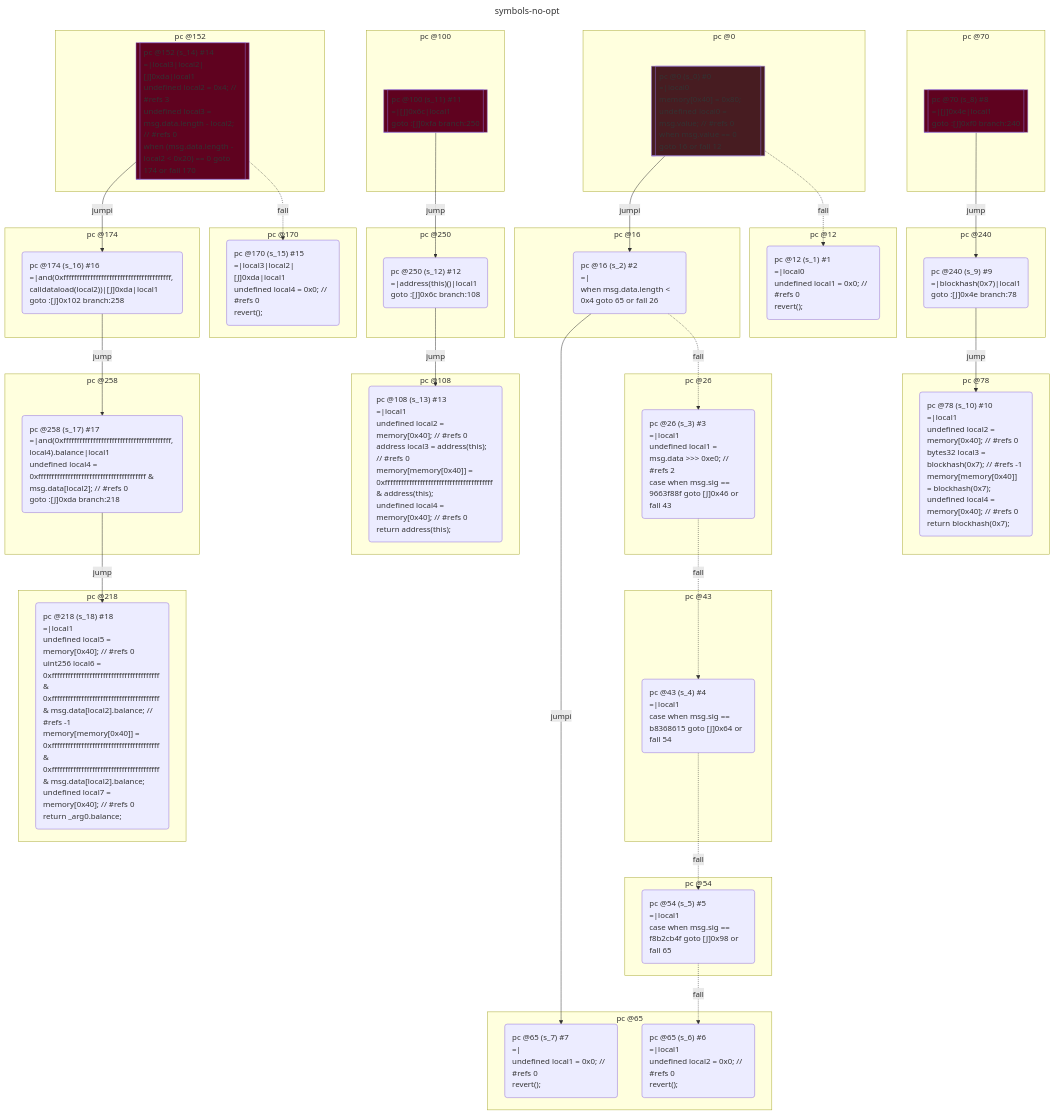
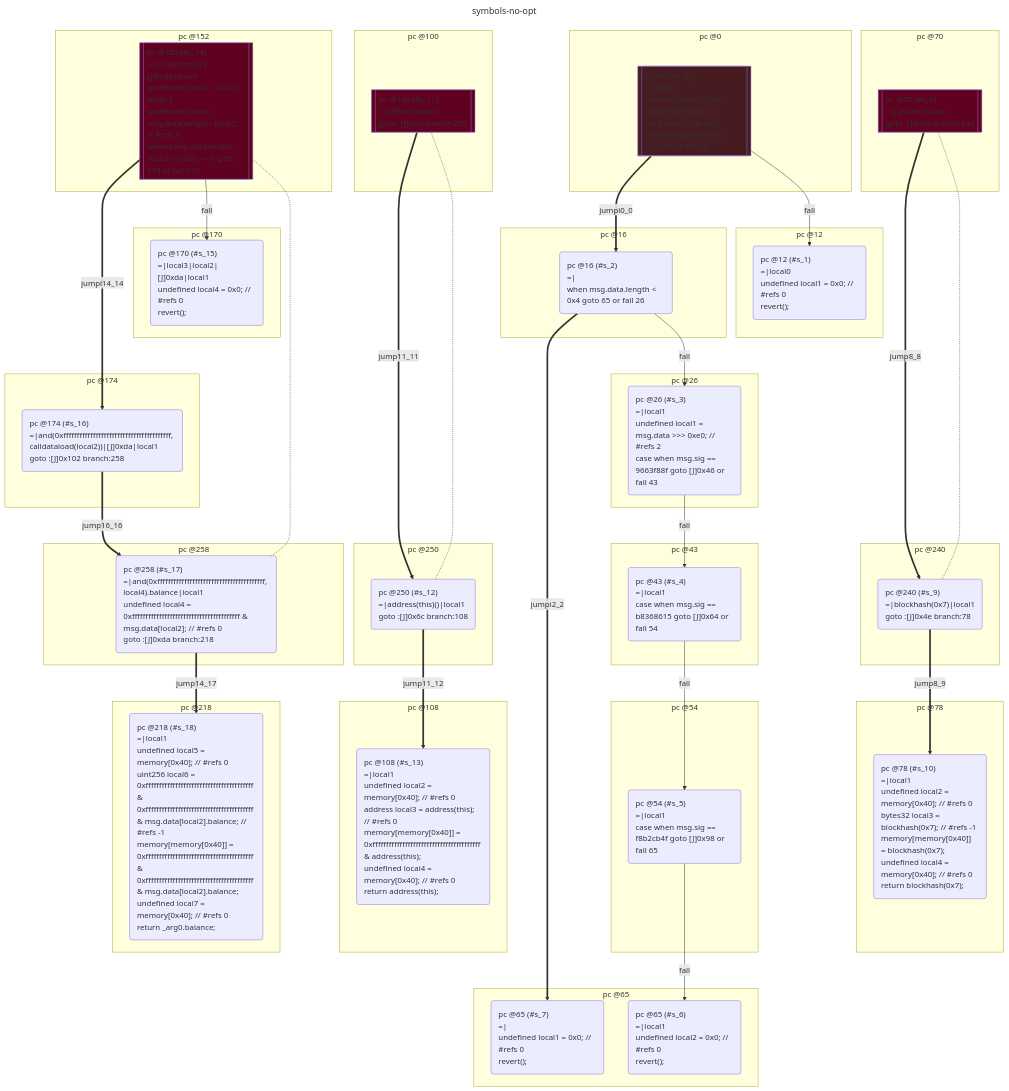
The first of 2 diagrams in test/__snapshots__/contracts/dispatch/symbols.snap.md (acuarica/evm), drawn with Mermaid before and after one commit. The commit also changed other lines of this file and 25 other files, not shown here.

````diff
--- a/test/__snapshots__/contracts/dispatch/symbols.snap.md
+++ b/test/__snapshots__/contracts/dispatch/symbols.snap.md
@@ -112,7 +112,7 @@
 flowchart TD
   classDef state text-align:left
   subgraph cluster_0 ["pc @0"]
-    s_0[["pc @0 (s_0) #0
+    s_0[["pc @0 (#s_0)
 =|local0
 memory[0x40] = 0x80;
 undefined local0 = msg.value; // #refs 0
@@ -122,7 +122,7 @@
     style s_0 fill:#471C21
   end
   subgraph cluster_12 ["pc @12"]
-    s_1("pc @12 (s_1) #1
+    s_1("pc @12 (#s_1)
 =|local0
 undefined local1 = 0x0; // #refs 0
 revert();
@@ -130,14 +130,14 @@
     class s_1 state
   end
   subgraph cluster_16 ["pc @16"]
-    s_2("pc @16 (s_2) #2
+    s_2("pc @16 (#s_2)
 =|
 when msg.data.length < 0x4 goto 65 or fall 26
 ")
     class s_2 state
   end
   subgraph cluster_26 ["pc @26"]
-    s_3("pc @26 (s_3) #3
+    s_3("pc @26 (#s_3)
 =|local1
 undefined local1 = msg.data >>> 0xe0; // #refs 2
 case when msg.sig == 9663f88f goto [J]0x46 or fall 43
@@ -145,27 +145,27 @@
     class s_3 state
   end
   subgraph cluster_43 ["pc @43"]
-    s_4("pc @43 (s_4) #4
+    s_4("pc @43 (#s_4)
 =|local1
 case when msg.sig == b8368615 goto [J]0x64 or fall 54
 ")
     class s_4 state
   end
   subgraph cluster_54 ["pc @54"]
-    s_5("pc @54 (s_5) #5
+    s_5("pc @54 (#s_5)
 =|local1
 case when msg.sig == f8b2cb4f goto [J]0x98 or fall 65
 ")
     class s_5 state
   end
   subgraph cluster_65 ["pc @65"]
-    s_6("pc @65 (s_6) #6
+    s_6("pc @65 (#s_6)
 =|local1
 undefined local2 = 0x0; // #refs 0
 revert();
 ")
     class s_6 state
-    s_7("pc @65 (s_7) #7
+    s_7("pc @65 (#s_7)
 =|
 undefined local1 = 0x0; // #refs 0
 revert();
@@ -173,7 +173,7 @@
     class s_7 state
   end
   subgraph cluster_70 ["pc @70"]
-    s_8[["pc @70 (s_8) #8
+    s_8[["pc @70 (#s_8)
 =|[J]0x4e|local1
 goto :[J]0xf0 branch:240
 "]]
@@ -181,14 +181,14 @@
     style s_8 fill:#5F021F
   end
   subgraph cluster_240 ["pc @240"]
-    s_9("pc @240 (s_9) #9
+    s_9("pc @240 (#s_9)
 =|blockhash(0x7)|local1
 goto :[J]0x4e branch:78
 ")
     class s_9 state
   end
   subgraph cluster_78 ["pc @78"]
-    s_10("pc @78 (s_10) #10
+    s_10("pc @78 (#s_10)
 =|local1
 undefined local2 = memory[0x40]; // #refs 0
 bytes32 local3 = blockhash(0x7); // #refs -1
@@ -199,7 +199,7 @@
     class s_10 state
   end
   subgraph cluster_100 ["pc @100"]
-    s_11[["pc @100 (s_11) #11
+    s_11[["pc @100 (#s_11)
 =|[J]0x6c|local1
 goto :[J]0xfa branch:250
 "]]
@@ -207,14 +207,14 @@
     style s_11 fill:#5F021F
   end
   subgraph cluster_250 ["pc @250"]
-    s_12("pc @250 (s_12) #12
+    s_12("pc @250 (#s_12)
 =|address(this)()|local1
 goto :[J]0x6c branch:108
 ")
     class s_12 state
   end
   subgraph cluster_108 ["pc @108"]
-    s_13("pc @108 (s_13) #13
+    s_13("pc @108 (#s_13)
 =|local1
 undefined local2 = memory[0x40]; // #refs 0
 address local3 = address(this); // #refs 0
@@ -225,7 +225,7 @@
     class s_13 state
   end
   subgraph cluster_152 ["pc @152"]
-    s_14[["pc @152 (s_14) #14
+    s_14[["pc @152 (#s_14)
 =|local3|local2|[J]0xda|local1
 undefined local2 = 0x4; // #refs 3
 undefined local3 = msg.data.length - local2; // #refs 0
@@ -235,7 +235,7 @@
     style s_14 fill:#5F021F
   end
   subgraph cluster_170 ["pc @170"]
-    s_15("pc @170 (s_15) #15
+    s_15("pc @170 (#s_15)
 =|local3|local2|[J]0xda|local1
 undefined local4 = 0x0; // #refs 0
 revert();
@@ -243,14 +243,14 @@
     class s_15 state
   end
   subgraph cluster_174 ["pc @174"]
-    s_16("pc @174 (s_16) #16
+    s_16("pc @174 (#s_16)
 =|and(0xffffffffffffffffffffffffffffffffffffffff, calldataload(local2))|[J]0xda|local1
 goto :[J]0x102 branch:258
 ")
     class s_16 state
   end
   subgraph cluster_258 ["pc @258"]
-    s_17("pc @258 (s_17) #17
+    s_17("pc @258 (#s_17)
 =|and(0xffffffffffffffffffffffffffffffffffffffff, local4).balance|local1
 undefined local4 = 0xffffffffffffffffffffffffffffffffffffffff & msg.data[local2]; // #refs 0
 goto :[J]0xda branch:218
@@ -258,7 +258,7 @@
     class s_17 state
   end
   subgraph cluster_218 ["pc @218"]
-    s_18("pc @218 (s_18) #18
+    s_18("pc @218 (#s_18)
 =|local1
 undefined local5 = memory[0x40]; // #refs 0
 uint256 local6 = 0xffffffffffffffffffffffffffffffffffffffff & 0xffffffffffffffffffffffffffffffffffffffff & msg.data[local2].balance; // #refs -1
@@ -268,20 +268,23 @@
 ")
     class s_18 state
   end
-  s_0 -- jumpi --> s_2;
-  s_0 -. fall .-> s_1;
-  s_2 -- jumpi --> s_7;
-  s_2 -. fall .-> s_3;
-  s_3 -. fall .-> s_4;
-  s_4 -. fall .-> s_5;
-  s_5 -. fall .-> s_6;
-  s_8 -- jump --> s_9;
-  s_9 -- jump --> s_10;
-  s_11 -- jump --> s_12;
-  s_12 -- jump --> s_13;
-  s_14 -- jumpi --> s_16;
-  s_14 -. fall .-> s_15;
-  s_16 -- jump --> s_17;
-  s_17 -- jump --> s_18;
+  s_0 == jumpi0_0 ==> s_2;
+  s_0 -- fall --> s_1;
+  s_2 == jumpi2_2 ==> s_7;
+  s_2 -- fall --> s_3;
+  s_3 -- fall --> s_4;
+  s_4 -- fall --> s_5;
+  s_5 -- fall --> s_6;
+  s_8 == jump8_8 ==> s_9;
+  s_9 == jump8_9 ==> s_10;
+  s_8 -...- s_9;
+  s_11 == jump11_11 ==> s_12;
+  s_12 == jump11_12 ==> s_13;
+  s_11 -...- s_12;
+  s_14 == jumpi14_14 ==> s_16;
+  s_14 -- fall --> s_15;
+  s_16 == jump16_16 ==> s_17;
+  s_17 == jump14_17 ==> s_18;
+  s_14 -...- s_17;
 
 ```
````
